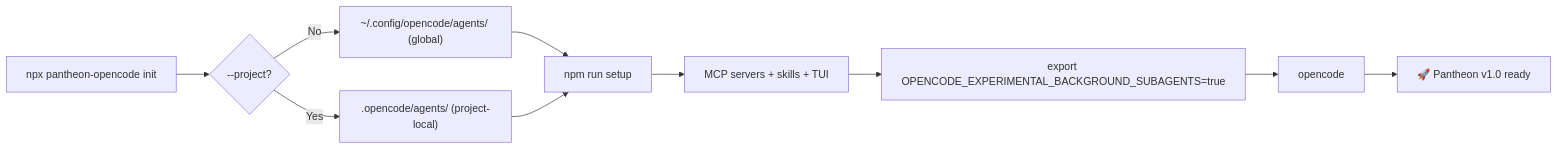
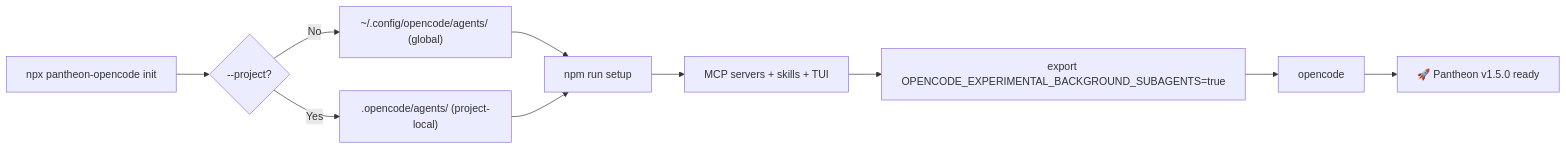
Before and after one commit to ils15/pantheon-opencode: the first of 3 diagrams in docs/INSTALLATION.md, drawn with Mermaid. The commit also changed other lines of this file and 72 other files, not shown here.

````diff
--- a/docs/INSTALLATION.md
+++ b/docs/INSTALLATION.md
@@ -473,12 +571,12 @@
 ```mermaid
 flowchart LR
     A["npx pantheon-opencode init"] --> B{"--project?"}
     B -->|No| C["~/.config/opencode/agents/ (global)"]
     B -->|Yes| D[".opencode/agents/ (project-local)"]
     C --> E["npm run setup"]
     D --> E
     E --> F["MCP servers + skills + TUI"]
     F --> G["export OPENCODE_EXPERIMENTAL_BACKGROUND_SUBAGENTS=true"]
     G --> H["opencode"]
-    H --> I["🚀 Pantheon v1.0 ready"]
+    H --> I["🚀 Pantheon v1.5.0 ready"]
 ```
````
